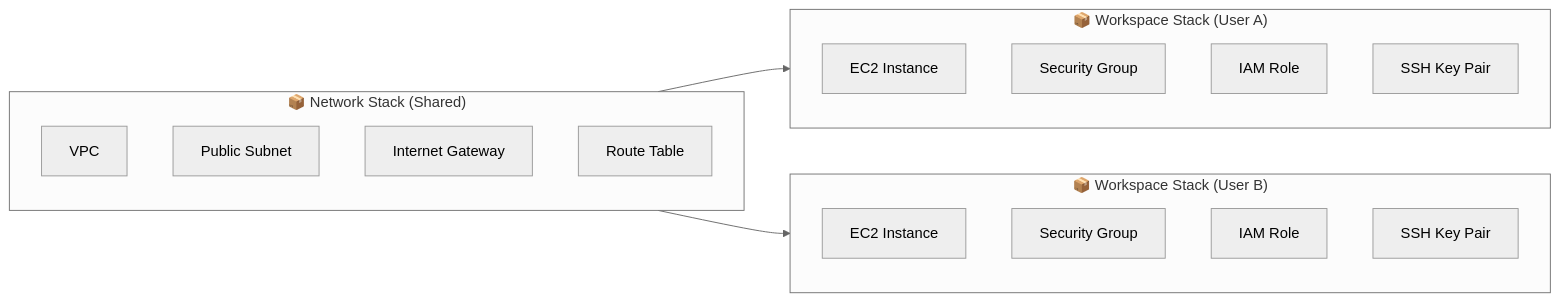
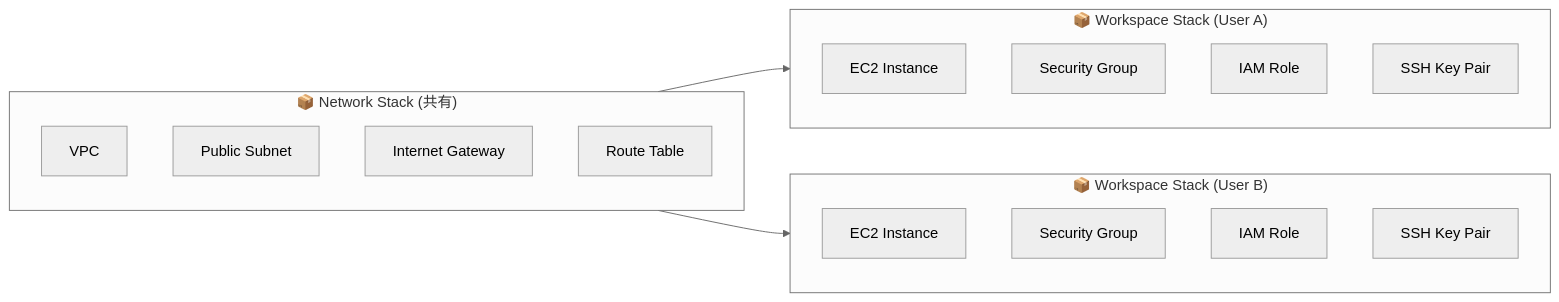
One commit to sukekyo26/ec2-workstation changed the second of 4 diagrams in README.md. Above: the diagram before and after it, drawn with Mermaid (neutral theme). The commit also changed other lines of this file and 3 other files, not shown here.

````diff
--- a/README.md
+++ b/README.md
@@ -62,26 +60,26 @@
 ```mermaid
 flowchart LR
-    subgraph NetworkStack["📦 Network Stack (Shared)"]
+    subgraph NetworkStack["📦 Network Stack (共有)"]
         VPC["VPC"]
         Subnet["Public Subnet"]
         IGW["Internet Gateway"]
         RT["Route Table"]
     end
 
     subgraph WorkspaceA["📦 Workspace Stack (User A)"]
         EC2A["EC2 Instance"]
         SGA["Security Group"]
         IAMA["IAM Role"]
         KPA["SSH Key Pair"]
     end
 
     subgraph WorkspaceB["📦 Workspace Stack (User B)"]
         EC2B["EC2 Instance"]
         SGB["Security Group"]
         IAMB["IAM Role"]
         KPB["SSH Key Pair"]
     end
 
     NetworkStack --> WorkspaceA
     NetworkStack --> WorkspaceB
 ```
````
